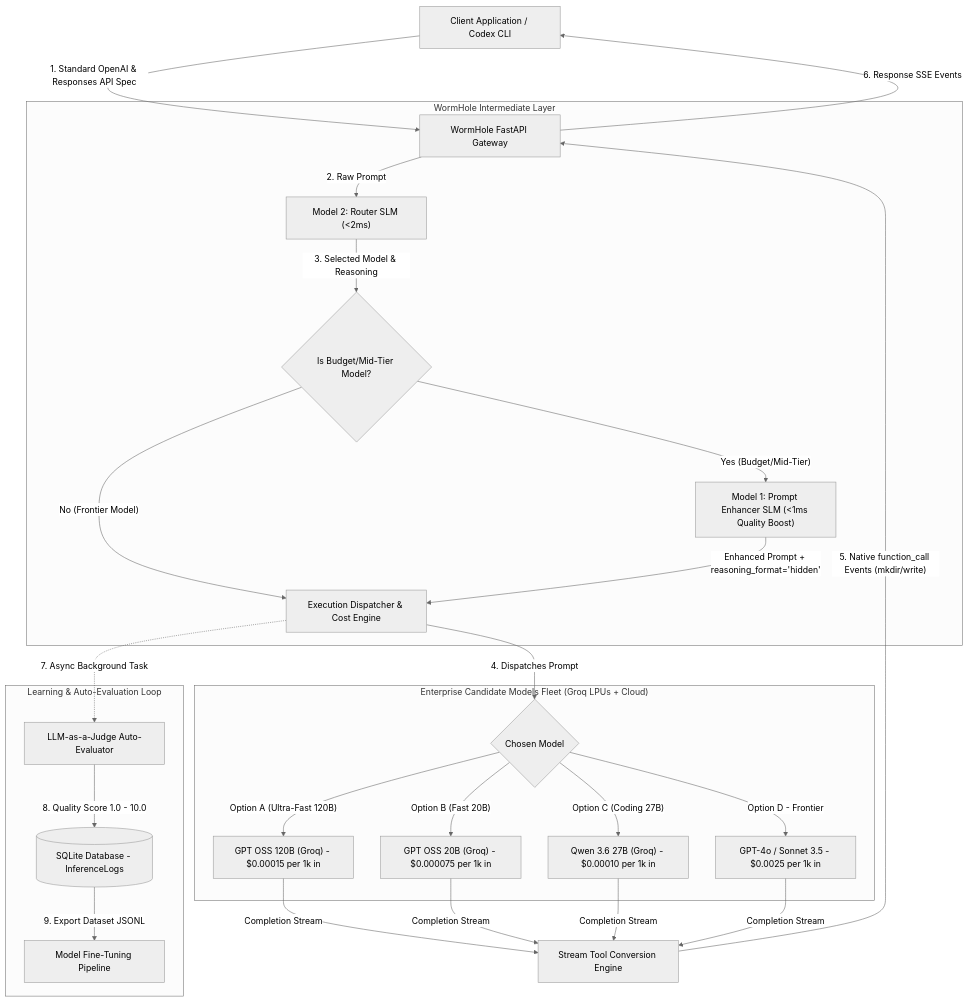
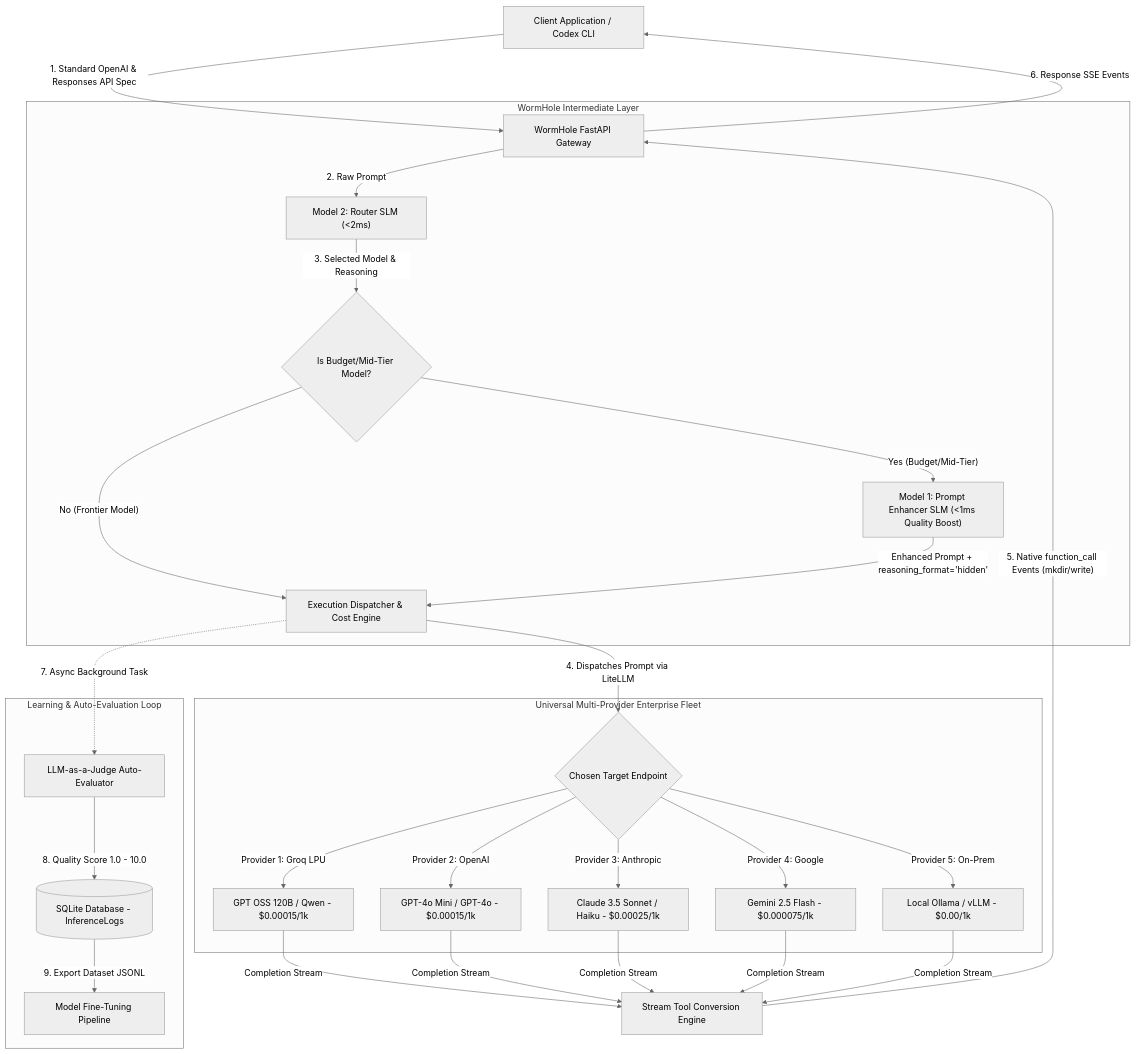
One commit to vencat2025/Wormhole changed the second of 3 diagrams in README.md. Above: the diagram before and after it, drawn with Mermaid (neutral theme). The commit also changed other lines of this file and 3 other files, not shown here.

````diff
--- a/README.md
+++ b/README.md
@@ -43,39 +52,41 @@
 ```mermaid
 graph TD
     %% Client & Gateway
     Client["Client Application / Codex CLI"] -->|"1. Standard OpenAI & Responses API Spec"| GW["WormHole FastAPI Gateway"]
     
     %% Intermediate Layer
     subgraph Intermediate ["WormHole Intermediate Layer"]
         GW -->|"2. Raw Prompt"| Router["Model 2: Router SLM (<2ms)"]
         Router -->|"3. Selected Model & Reasoning"| Decision{"Is Budget/Mid-Tier Model?"}
         Decision -->|"Yes (Budget/Mid-Tier)"| Enhancer["Model 1: Prompt Enhancer SLM (<1ms Quality Boost)"]
         Decision -->|"No (Frontier Model)"| Dispatcher["Execution Dispatcher & Cost Engine"]
         Enhancer -->|"Enhanced Prompt + reasoning_format='hidden'"| Dispatcher
     end
     
     %% Target LLMs Fleet
-    subgraph EnterpriseFleet ["Enterprise Candidate Models Fleet (Groq LPUs + Cloud)"]
-        Dispatcher -->|"4. Dispatches Prompt"| Downstream{"Chosen Model"}
-        Downstream -->|"Option A (Ultra-Fast 120B)"| GPTOSS120B["GPT OSS 120B (Groq) - $0.00015 per 1k in"]
-        Downstream -->|"Option B (Fast 20B)"| GPTOSS20B["GPT OSS 20B (Groq) - $0.000075 per 1k in"]
-        Downstream -->|"Option C (Coding 27B)"| QWEN["Qwen 3.6 27B (Groq) - $0.00010 per 1k in"]
-        Downstream -->|"Option D - Frontier"| GPT4o["GPT-4o / Sonnet 3.5 - $0.0025 per 1k in"]
+    subgraph EnterpriseFleet ["Universal Multi-Provider Enterprise Fleet"]
+        Dispatcher -->|"4. Dispatches Prompt via LiteLLM"| Downstream{"Chosen Target Endpoint"}
+        Downstream -->|"Provider 1: Groq LPU"| GPTOSS120B["GPT OSS 120B / Qwen - $0.00015/1k"]
+        Downstream -->|"Provider 2: OpenAI"| GPT4oMini["GPT-4o Mini / GPT-4o - $0.00015/1k"]
+        Downstream -->|"Provider 3: Anthropic"| Claude["Claude 3.5 Sonnet / Haiku - $0.00025/1k"]
+        Downstream -->|"Provider 4: Google"| Gemini["Gemini 2.5 Flash - $0.000075/1k"]
+        Downstream -->|"Provider 5: On-Prem"| Ollama["Local Ollama / vLLM - $0.00/1k"]
     end
 
     %% Response Delivery
     GPTOSS120B -->|"Completion Stream"| StreamEngine["Stream Tool Conversion Engine"]
-    GPTOSS20B -->|"Completion Stream"| StreamEngine
-    QWEN -->|"Completion Stream"| StreamEngine
-    GPT4o -->|"Completion Stream"| StreamEngine
+    GPT4oMini -->|"Completion Stream"| StreamEngine
+    Claude -->|"Completion Stream"| StreamEngine
+    Gemini -->|"Completion Stream"| StreamEngine
+    Ollama -->|"Completion Stream"| StreamEngine
     
     StreamEngine -->|"5. Native function_call Events (mkdir/write)"| GW
     GW -->|"6. Response SSE Events"| Client
 
     %% Async Feedback & Training Loop
     subgraph FeedbackLoop ["Learning & Auto-Evaluation Loop"]
         Dispatcher -.->|"7. Async Background Task"| Judge["LLM-as-a-Judge Auto-Evaluator"]
         Judge -->|"8. Quality Score 1.0 - 10.0"| DB[("SQLite Database - InferenceLogs")]
         DB -->|"9. Export Dataset JSONL"| FineTuning["Model Fine-Tuning Pipeline"]
     end
 ```
````
